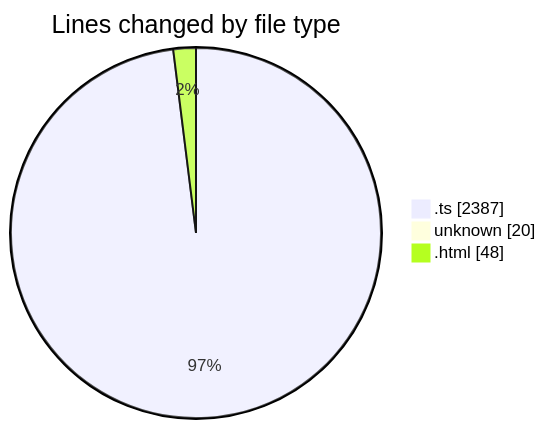
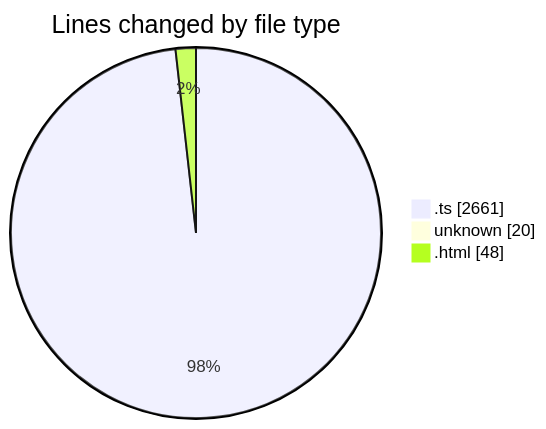
Before and after one commit to tmsrecording-cyber/code-tracking: the first of 2 diagrams in 2026-02-06/singularitybrainai/README.md, drawn with Mermaid. The commit also changed other lines of this file and 1 other file, not shown here.

````diff
--- a/2026-02-06/singularitybrainai/README.md
+++ b/2026-02-06/singularitybrainai/README.md
@@ -27,7 +28,7 @@
 ```mermaid
 pie showData
 title Lines changed by file type
-".ts" : 2387
+".ts" : 2661
 "unknown" : 20
 ".html" : 48
 ```
````
